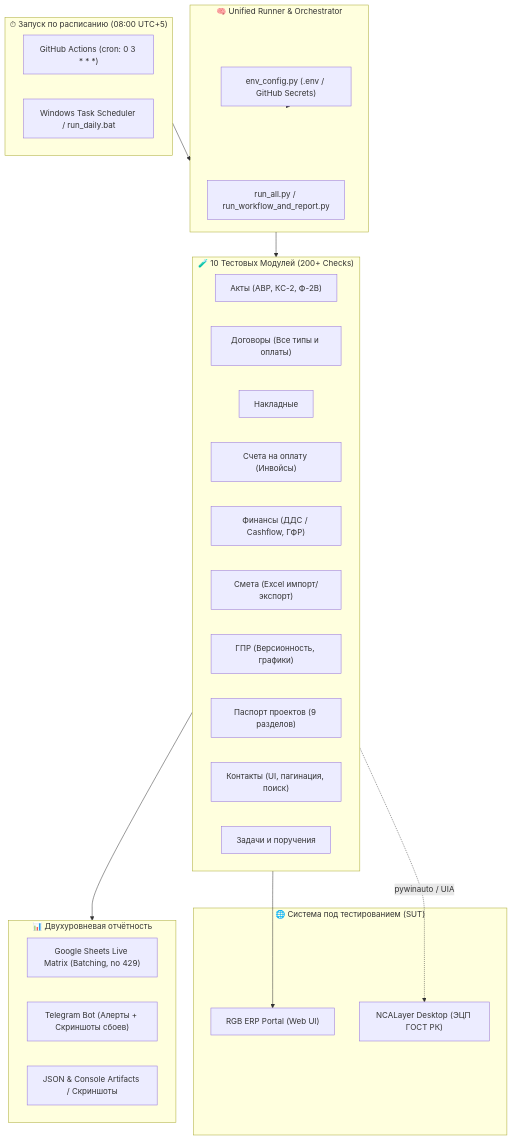
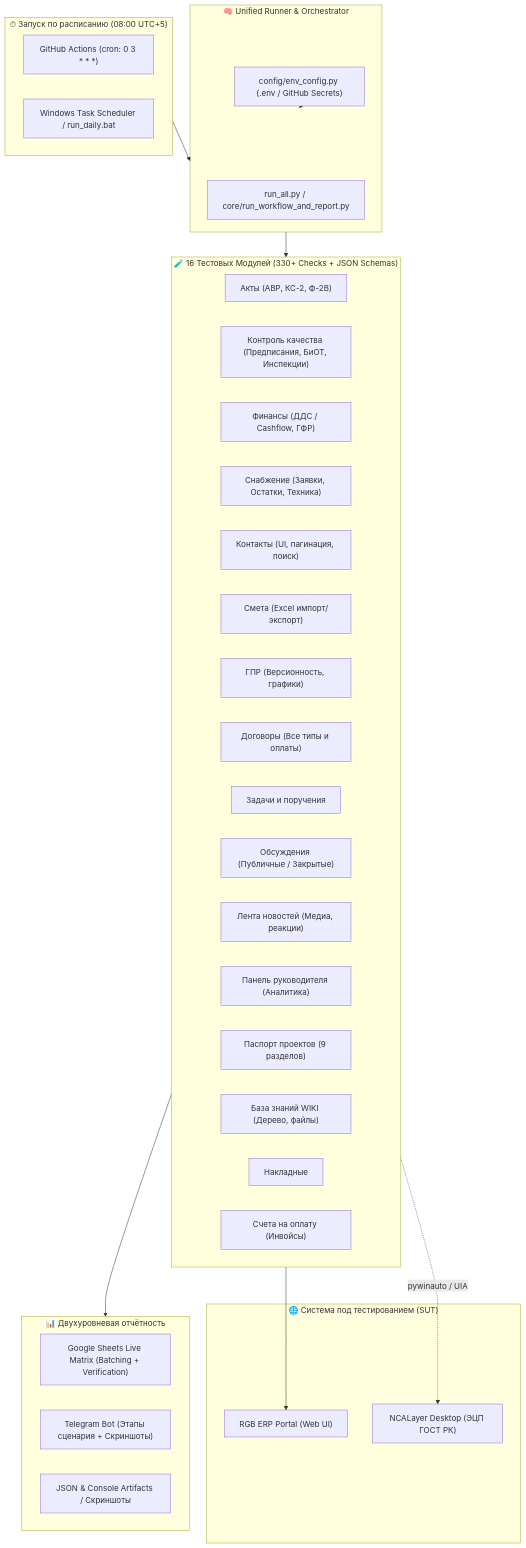
Before and after one commit to amgyvae/RGB_ERP_Autotests: the diagram in README.md, drawn with Mermaid. The commit also changed other lines of this file and 28 other files, not shown here.

Commit message:
feat: integrate 6 new ERP modules, JSON check schemas, and update README

````diff
--- a/README.md
+++ b/README.md
@@ -29,43 +29,49 @@
 ```mermaid
 flowchart TD
     subgraph Scheduler["⏱ Запуск по расписанию (08:00 UTC+5)"]
         GHA["GitHub Actions (cron: 0 3 * * *)"]
         WTS["Windows Task Scheduler / run_daily.bat"]
     end
 
     subgraph Core["🧠 Unified Runner & Orchestrator"]
-        Runner["run_all.py / run_workflow_and_report.py"]
-        Env["env_config.py (.env / GitHub Secrets)"]
+        Runner["run_all.py / core/run_workflow_and_report.py"]
+        Env["config/env_config.py (.env / GitHub Secrets)"]
     end
 
-    subgraph Modules["🧪 10 Тестовых Модулей (200+ Checks)"]
+    subgraph Modules["🧪 16 Тестовых Модулей (330+ Checks + JSON Schemas)"]
         M1["Акты (АВР, КС-2, Ф-2В)"]
-        M2["Договоры (Все типы и оплаты)"]
-        M3["Накладные"]
-        M4["Счета на оплату (Инвойсы)"]
-        M5["Финансы (ДДС / Cashflow, ГФР)"]
+        M2["Контроль качества (Предписания, БиОТ, Инспекции)"]
+        M3["Финансы (ДДС / Cashflow, ГФР)"]
+        M4["Снабжение (Заявки, Остатки, Техника)"]
+        M5["Контакты (UI, пагинация, поиск)"]
         M6["Смета (Excel импорт/экспорт)"]
         M7["ГПР (Версионность, графики)"]
-        M8["Паспорт проектов (9 разделов)"]
-        M9["Контакты (UI, пагинация, поиск)"]
-        M10["Задачи и поручения"]
+        M8["Договоры (Все типы и оплаты)"]
+        M9["Задачи и поручения"]
+        M10["Обсуждения (Публичные / Закрытые)"]
+        M11["Лента новостей (Медиа, реакции)"]
+        M12["Панель руководителя (Аналитика)"]
+        M13["Паспорт проектов (9 разделов)"]
+        M14["База знаний WIKI (Дерево, файлы)"]
+        M15["Накладные"]
+        M16["Счета на оплату (Инвойсы)"]
     end
 
     subgraph Target["🌐 Система под тестированием (SUT)"]
         SUT["RGB ERP Portal (Web UI)"]
         NCA["NCALayer Desktop (ЭЦП ГОСТ РК)"]
     end
 
     subgraph Reporting["📊 Двухуровневая отчётность"]
-        GS["Google Sheets Live Matrix (Batching, no 429)"]
-        TG["Telegram Bot (Алерты + Скриншоты сбоев)"]
+        GS["Google Sheets Live Matrix (Batching + Verification)"]
+        TG["Telegram Bot (Этапы сценария + Скриншоты)"]
         Logs["JSON & Console Artifacts / Скриншоты"]
     end
 
     Scheduler --> Core
     Env --> Core
     Core --> Modules
     Modules --> SUT
     Modules -.->|pywinauto / UIA| NCA
     Modules --> Reporting
 ```
````
